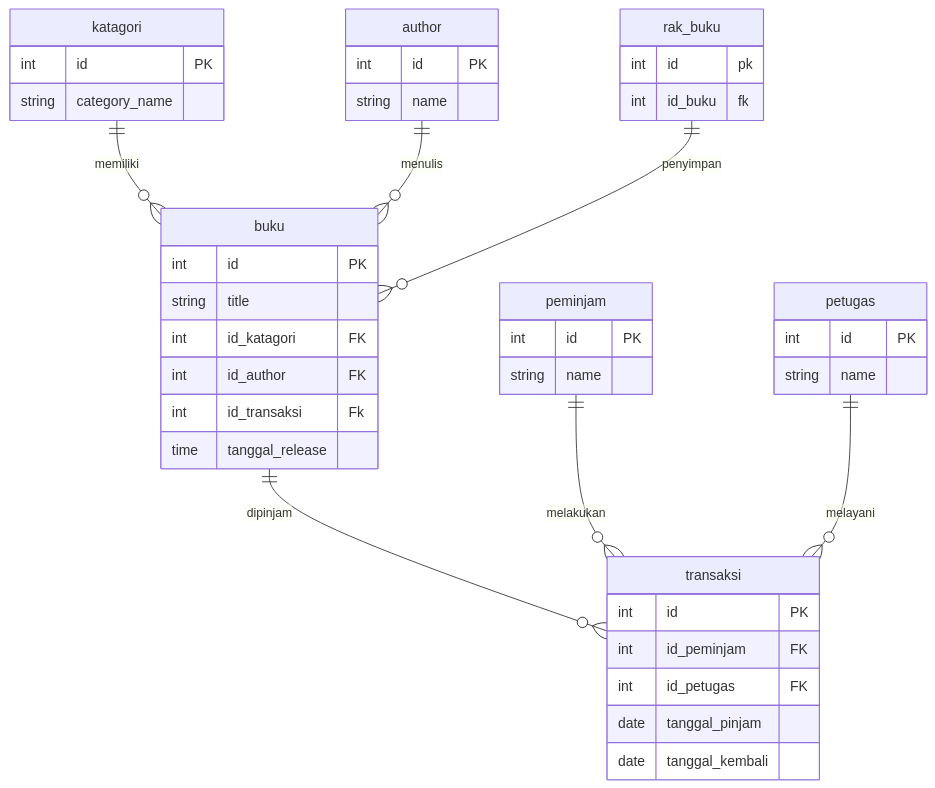
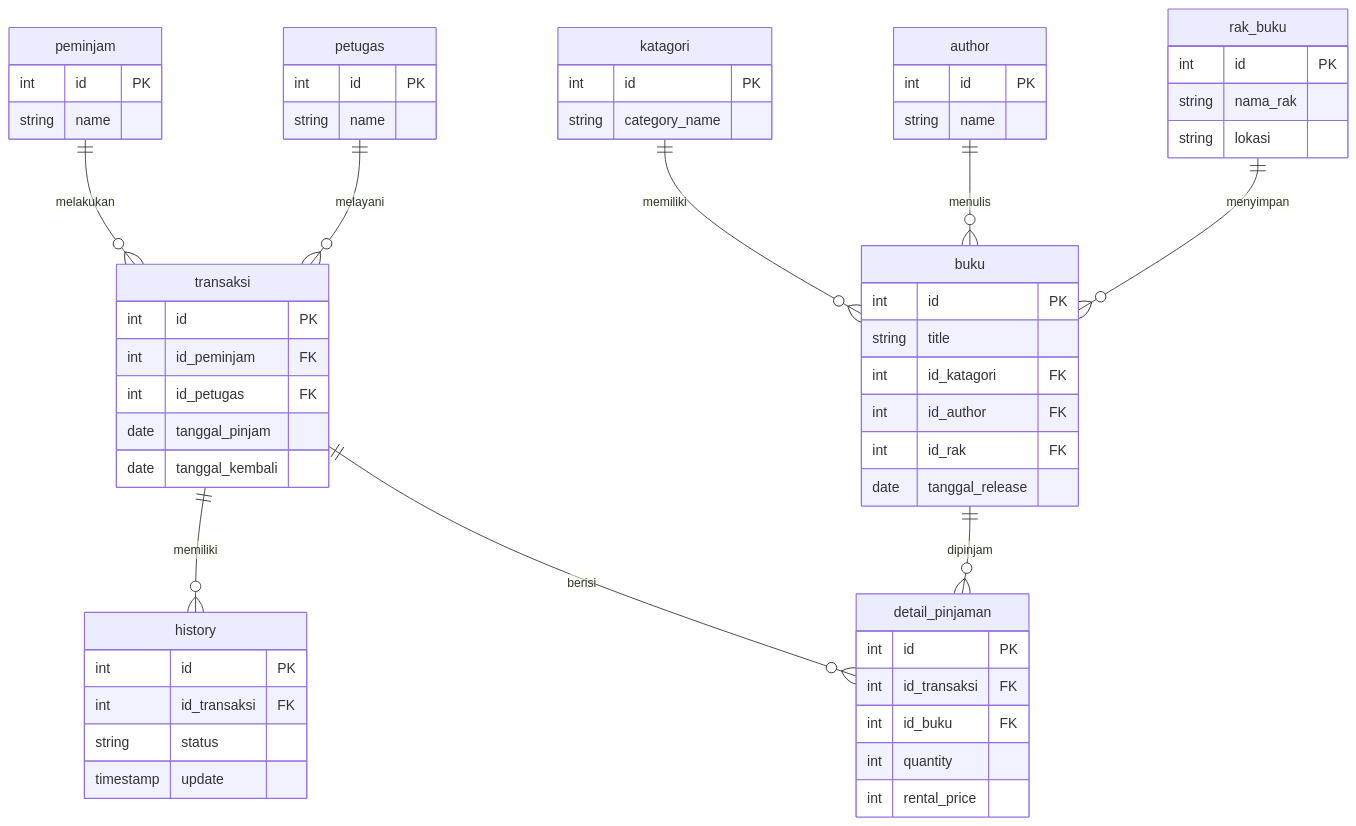
One commit to ghifar1327/koda-b6-db1 changed the diagram in minitask1.md. Above: the diagram before and after it, drawn with Mermaid. The commit also changed other lines of this file and 1 other file, not shown here.

Commit message:
feat: adds normalitaon 3NF

````diff
--- a/minitask1.md
+++ b/minitask1.md
@@ -1,52 +1,71 @@
 ```mermaid
 erDiagram
-        transaksi {
+    transaksi ||--o{ history : memiliki
+    transaksi ||--o{ detail_pinjaman : berisi
+    transaksi {
         int id PK
         int id_peminjam FK
         int id_petugas FK
         date tanggal_pinjam
         date tanggal_kembali
     }
 
 
+    buku ||--o{ detail_pinjaman : dipinjam
     buku {
         int id PK
         string title
         int id_katagori FK
         int id_author FK  
-        int id_transaksi Fk      
-        time tanggal_release
+        int id_rak FK
+        date tanggal_release
     }
 
+    katagori ||--o{ buku : memiliki
     katagori {
         int id PK
         string category_name
     }
 
+    peminjam ||--o{ transaksi : melakukan
     peminjam {
         int id PK
         string name
     }
 
+    author ||--o{ buku : menulis
     author {
         int id PK
         string name
     }
-    rak_buku {
-        int id pk
-        int id_buku fk
+
+    rak_buku ||--o{ buku : menyimpan
+        rak_buku {
+        int id PK
+        string nama_rak
+        string lokasi
     }
-      petugas {
+
+    
+    petugas ||--o{ transaksi : melayani
+    petugas {
         int id PK
         string name
     }
 
-    katagori ||--o{ buku : memiliki
-    author ||--o{ buku : menulis
-    rak_buku ||--o{ buku : penyimpan
+    detail_pinjaman {
+        int id PK
+        int id_transaksi FK
+        int id_buku FK
+        int quantity
+        int rental_price
+     }
 
-    buku ||--o{ transaksi : dipinjam
-    peminjam ||--o{ transaksi : melakukan
-    petugas ||--o{ transaksi : melayani
+    history {
+        int id PK
+        int id_transaksi FK
+        string status
+        timestamp update
+    }
 
 ```
````
